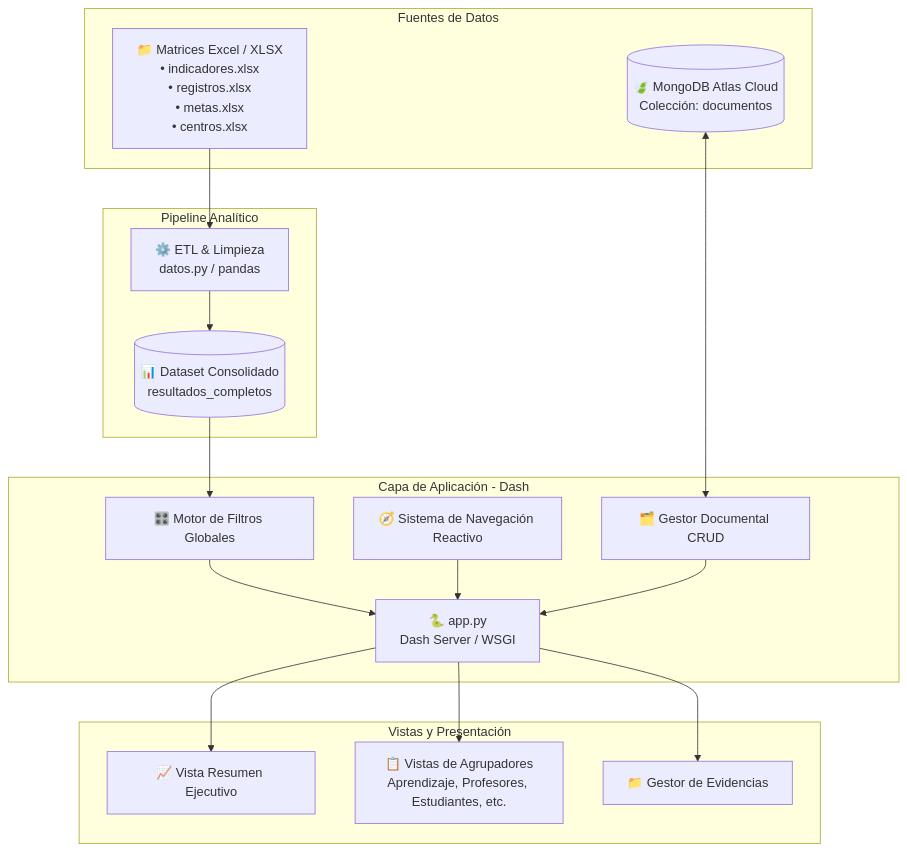
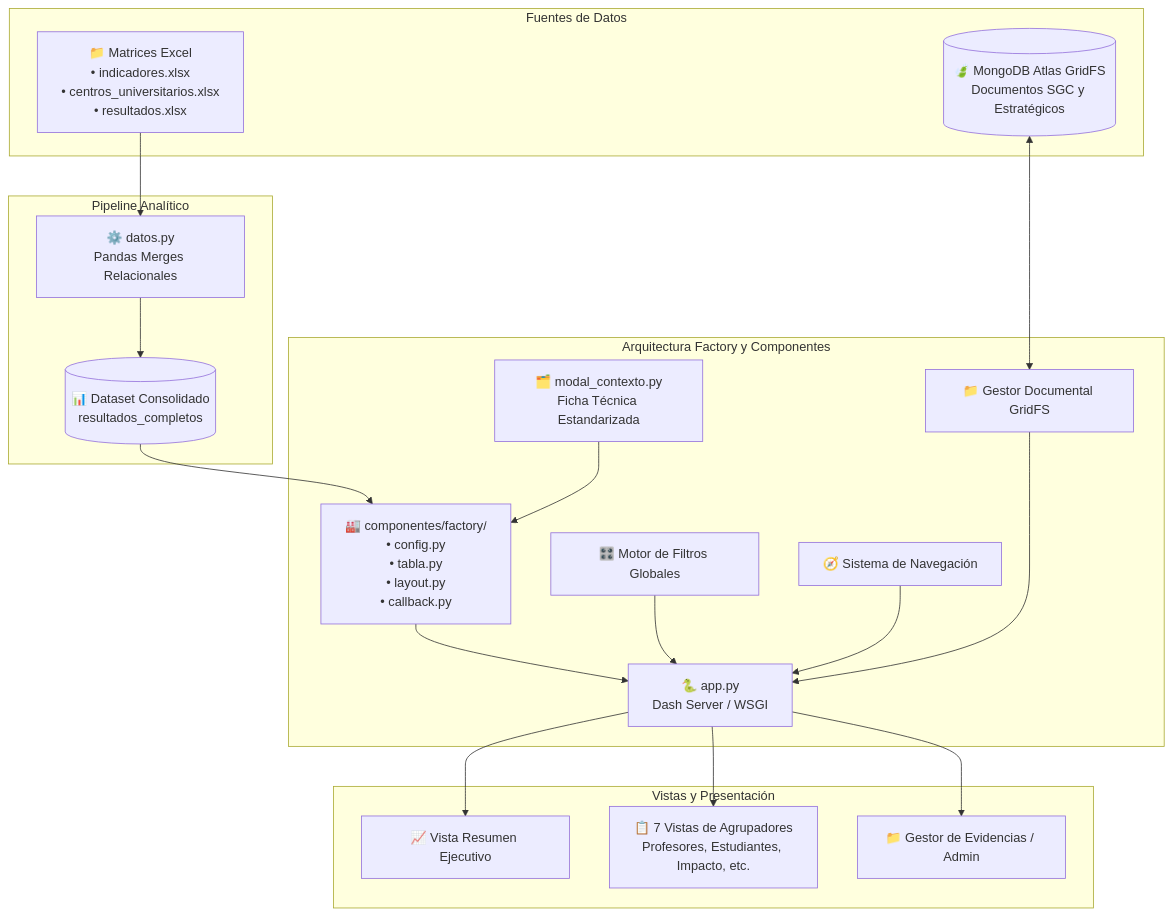
The diagram in README.md (PlaneacionProcesos/Proyecto-Indicadores), drawn with Mermaid before and after one commit. The commit also changed other lines of this file, not shown here.

````diff
--- a/README.md
+++ b/README.md
@@ -47,32 +50,36 @@
 ```mermaid
 graph TD
     subgraph Fuentes de Datos
-        EXCEL[📁 Matrices Excel / XLSX<br/>• indicadores.xlsx<br/>• registros.xlsx<br/>• metas.xlsx<br/>• centros.xlsx]
-        MONGO[(🍃 MongoDB Atlas Cloud<br/>Colección: documentos)]
+        EXCEL[📁 Matrices Excel<br/>• indicadores.xlsx<br/>• centros_universitarios.xlsx<br/>• resultados.xlsx]
+        MONGO[(🍃 MongoDB Atlas GridFS<br/>Documentos SGC y Estratégicos)]
     end
 
     subgraph Pipeline Analítico
-        ETL[⚙️ ETL & Limpieza<br/>datos.py / pandas]
-        EXCEL --> ETL
-        ETL --> DATASET[(📊 Dataset Consolidado<br/>resultados_completos)]
+        DATOS[⚙️ datos.py<br/>Pandas Merges Relacionales]
+        EXCEL --> DATOS
+        DATOS --> DATASET[(📊 Dataset Consolidado<br/>resultados_completos)]
     end
 
-    subgraph Capa de Aplicación - Dash
+    subgraph Arquitectura Factory y Componentes
         CORE[🐍 app.py<br/>Dash Server / WSGI]
+        FACTORY[🏭 componentes/factory/<br/>• config.py<br/>• tabla.py<br/>• layout.py<br/>• callback.py]
+        MODAL[🗂️ modal_contexto.py<br/>Ficha Técnica Estandarizada]
         FILTROS[🎛️ Motor de Filtros Globales]
-        NAV[🧭 Sistema de Navegación Reactivo]
-        CRUD[🗂️ Gestor Documental CRUD]
+        NAV[🧭 Sistema de Navegación]
+        CRUD[📁 Gestor Documental GridFS]
         
-        DATASET --> FILTROS
+        DATASET --> FACTORY
+        FACTORY --> CORE
         FILTROS --> CORE
         NAV --> CORE
+        MODAL --> FACTORY
         MONGO <--> CRUD
         CRUD --> CORE
     end
 
     subgraph Vistas y Presentación
         CORE --> RESUMEN[📈 Vista Resumen Ejecutivo]
-        CORE --> SECCIONES[📋 Vistas de Agrupadores<br/>Aprendizaje, Profesores, Estudiantes, etc.]
-        CORE --> DOCS[📁 Gestor de Evidencias]
+        CORE --> SECCIONES[📋 7 Vistas de Agrupadores<br/>Profesores, Estudiantes, Impacto, etc.]
+        CORE --> DOCS[📁 Gestor de Evidencias / Admin]
     end
 ```
````
